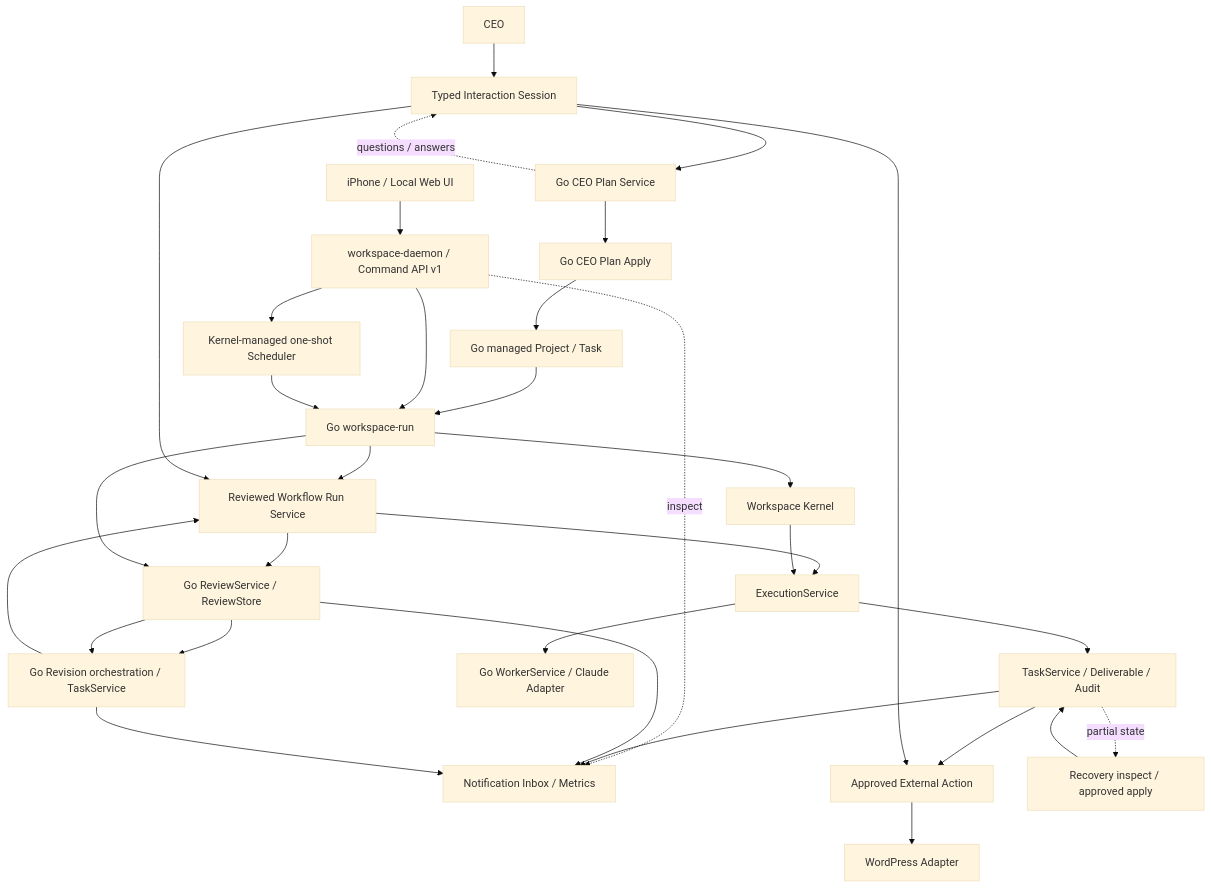
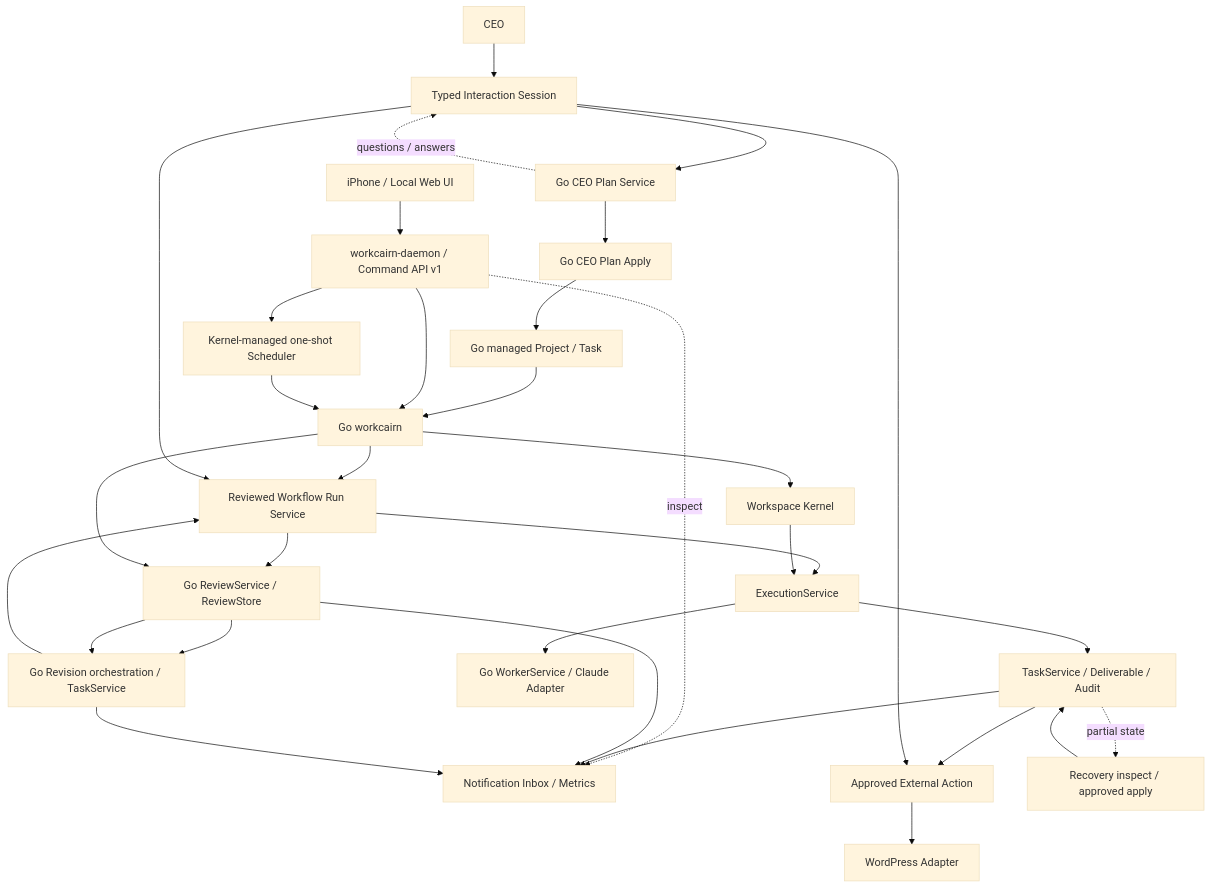
Before and after one commit to AkiraShimizu0/WorkCairn: the diagram in docs/Architecture.md, drawn with Mermaid (base theme). The commit also changed other lines of this file and 213 other files, not shown here.

````diff
--- a/docs/Architecture.md
+++ b/docs/Architecture.md
@@ -9,34 +9,34 @@
 ```mermaid
 flowchart TD
     CEO["CEO"] --> Interaction["Typed Interaction Session"]
     Interaction --> Plan["Go CEO Plan Service"]
     Plan -. questions / answers .-> Interaction
     Plan --> Apply["Go CEO Plan Apply"]
     Apply --> Workflow["Go managed Project / Task"]
-    Workflow --> Run["Go workspace-run"]
-    API["workspace-daemon / Command API v1"] --> Run
+    Workflow --> Run["Go workcairn"]
+    API["workcairn-daemon / Command API v1"] --> Run
     Mobile["iPhone / Local Web UI"] --> API
     API --> Scheduler["Kernel-managed one-shot Scheduler"]
     Scheduler --> Run
     API -. inspect .-> Observe["Notification Inbox / Metrics"]
     Run --> WorkflowRun["Reviewed Workflow Run Service"]
     Interaction --> WorkflowRun
     WorkflowRun --> Execution
     WorkflowRun --> Review
     Review --> Revision
     Revision --> WorkflowRun
     Run --> Kernel["Workspace Kernel"]
     Kernel --> Execution["ExecutionService"]
     Execution --> GoWorker["Go WorkerService / Claude Adapter"]
     Execution --> Task["TaskService / Deliverable / Audit"]
     Task --> Action["Approved External Action"]
     Interaction --> Action
     Action --> WordPress["WordPress Adapter"]
     Task --> Observe
     Review --> Observe
     Revision --> Observe
     Task -. partial state .-> Recovery["Recovery inspect / approved apply"]
     Recovery --> Task
     Run --> Review["Go ReviewService / ReviewStore"]
     Review --> Revision["Go Revision orchestration / TaskService"]
 ```
````
